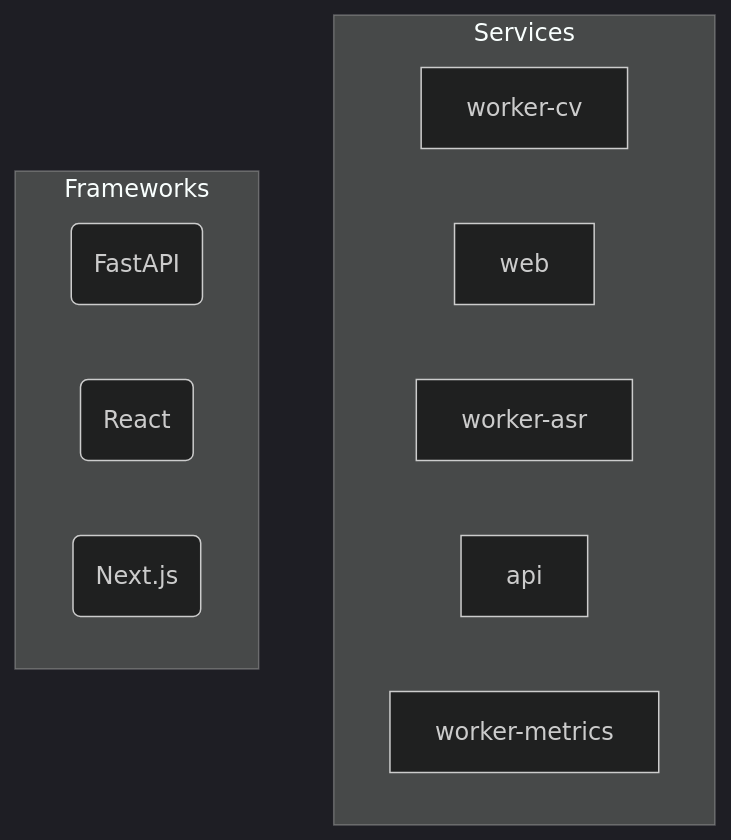
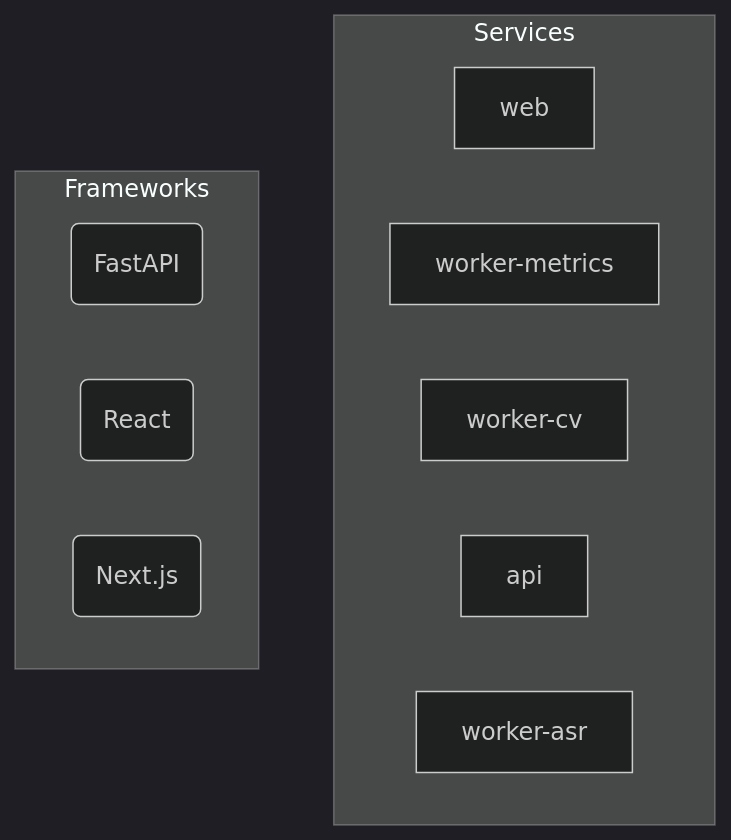
Before and after one commit to NITISH-R-G/PedagogyX: the diagram in README.md, drawn with Mermaid (dark theme). The commit also changed other lines of this file and 3 other files, not shown here.

Commit message:
docs: auto-generate repository documentation and diagrams [skip ci]

````diff
--- a/README.md
+++ b/README.md
@@ -38,22 +38,22 @@
 ```mermaid
 graph TD
     subgraph Services
+        web["web"]
+        click web href "services/web" "Go to web source"
+        worker_metrics["worker-metrics"]
+        click worker_metrics href "services/worker-metrics" "Go to worker-metrics source"
         worker_cv["worker-cv"]
         click worker_cv href "services/worker-cv" "Go to worker-cv source"
-        web["web"]
-        click web href "services/web" "Go to web source"
+        api["api"]
+        click api href "services/api" "Go to api source"
         worker_asr["worker-asr"]
         click worker_asr href "services/worker-asr" "Go to worker-asr source"
-        api["api"]
-        click api href "services/api" "Go to api source"
-        worker_metrics["worker-metrics"]
-        click worker_metrics href "services/worker-metrics" "Go to worker-metrics source"
     end
 
     subgraph Frameworks
         FastAPI(FastAPI)
         React(React)
         Next_js(Next.js)
     end
 
 ```
````
